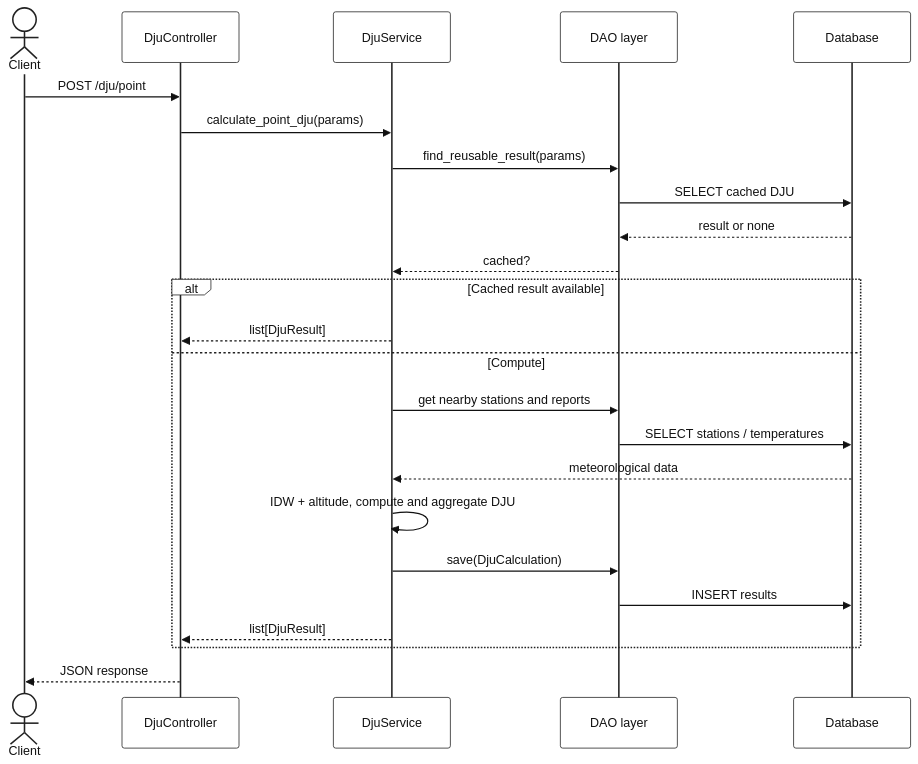
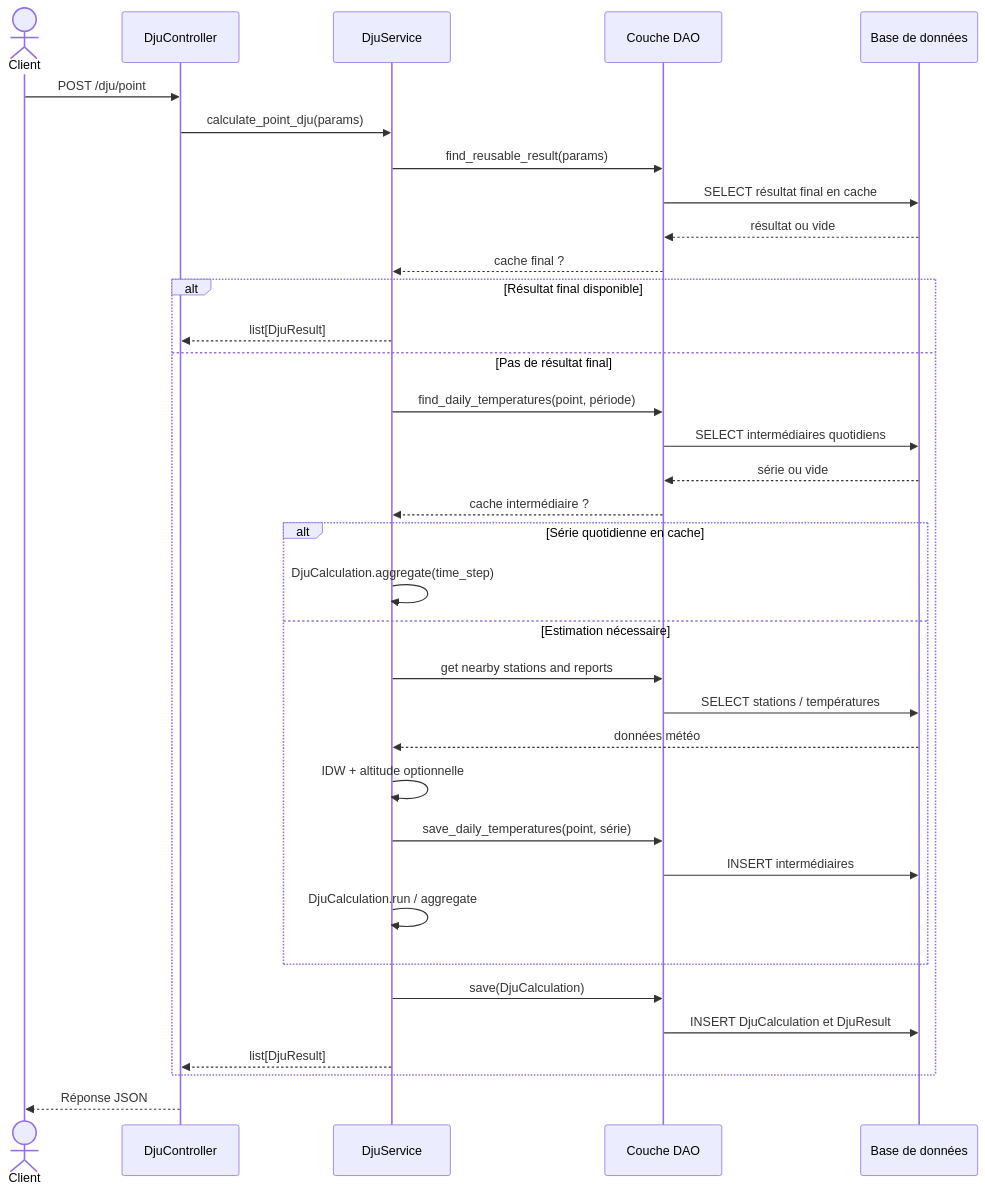
One commit to gabriel-dahan/ensai-it-project-2a-team12 changed the second of 8 diagrams in doc/sequence_diagram.md. Above: the diagram before and after it, drawn with Mermaid. The commit also changed other lines of this file and 29 other files, not shown here.

Commit message:
New diagrams & reporr

````diff
--- a/doc/sequence_diagram.md
+++ b/doc/sequence_diagram.md
@@ -82,64 +48,43 @@
 ```mermaid
-%%{
-  init: {
-    "theme": "base",
-    "themeVariables": {
-      "background": "#ffffff",
-      "mainBkg": "#ffffff",
-      "textColor": "#111111",
-      "primaryColor": "#ffffff",
-      "primaryTextColor": "#111111",
-      "primaryBorderColor": "#222222",
-      "secondaryColor": "#f3f4f6",
-      "tertiaryColor": "#ffffff",
-      "lineColor": "#222222",
-      "actorBkg": "#ffffff",
-      "actorBorder": "#222222",
-      "actorTextColor": "#111111",
-      "actorLineColor": "#222222",
-      "signalColor": "#111111",
-      "signalTextColor": "#111111",
-      "labelBoxBkgColor": "#ffffff",
-      "labelBoxBorderColor": "#222222",
-      "labelTextColor": "#111111",
-      "loopTextColor": "#111111",
-      "noteBkgColor": "#fff3cd",
-      "noteTextColor": "#111111",
-      "noteBorderColor": "#222222",
-      "activationBkgColor": "#e5e7eb",
-      "activationBorderColor": "#222222",
-      "sequenceNumberColor": "#ffffff",
-      "fontFamily": "arial",
-      "fontSize": "16px"
-    }
-  }
-}%%
 sequenceDiagram
     actor Client
     participant Controller as DjuController
     participant Service as DjuService
-    participant DAO as DAO layer
-    participant DB as Database
+    participant DAO as Couche DAO
+    participant DB as Base de données
 
     Client->>Controller: POST /dju/point
     Controller->>Service: calculate_point_dju(params)
 
     Service->>DAO: find_reusable_result(params)
-    DAO->>DB: SELECT cached DJU
-    DB-->>DAO: result or none
-    DAO-->>Service: cached?
+    DAO->>DB: SELECT résultat final en cache
+    DB-->>DAO: résultat ou vide
+    DAO-->>Service: cache final ?
 
-    alt Cached result available
+    alt Résultat final disponible
         Service-->>Controller: list[DjuResult]
-    else Compute
-        Service->>DAO: get nearby stations and reports
-        DAO->>DB: SELECT stations / temperatures
-        DB-->>Service: meteorological data
-        Service->>Service: IDW + altitude, compute and aggregate DJU
+    else Pas de résultat final
+        Service->>DAO: find_daily_temperatures(point, période)
+        DAO->>DB: SELECT intermédiaires quotidiens
+        DB-->>DAO: série ou vide
+        DAO-->>Service: cache intermédiaire ?
+
+        alt Série quotidienne en cache
+            Service->>Service: DjuCalculation.aggregate(time_step)
+        else Estimation nécessaire
+            Service->>DAO: get nearby stations and reports
+            DAO->>DB: SELECT stations / températures
+            DB-->>Service: données météo
+            Service->>Service: IDW + altitude optionnelle
+            Service->>DAO: save_daily_temperatures(point, série)
+            DAO->>DB: INSERT intermédiaires
+            Service->>Service: DjuCalculation.run / aggregate
+        end
+
         Service->>DAO: save(DjuCalculation)
-        DAO->>DB: INSERT results
+        DAO->>DB: INSERT DjuCalculation et DjuResult
         Service-->>Controller: list[DjuResult]
     end
 
-    Controller-->>Client: JSON response
+    Controller-->>Client: Réponse JSON
 ```
````
